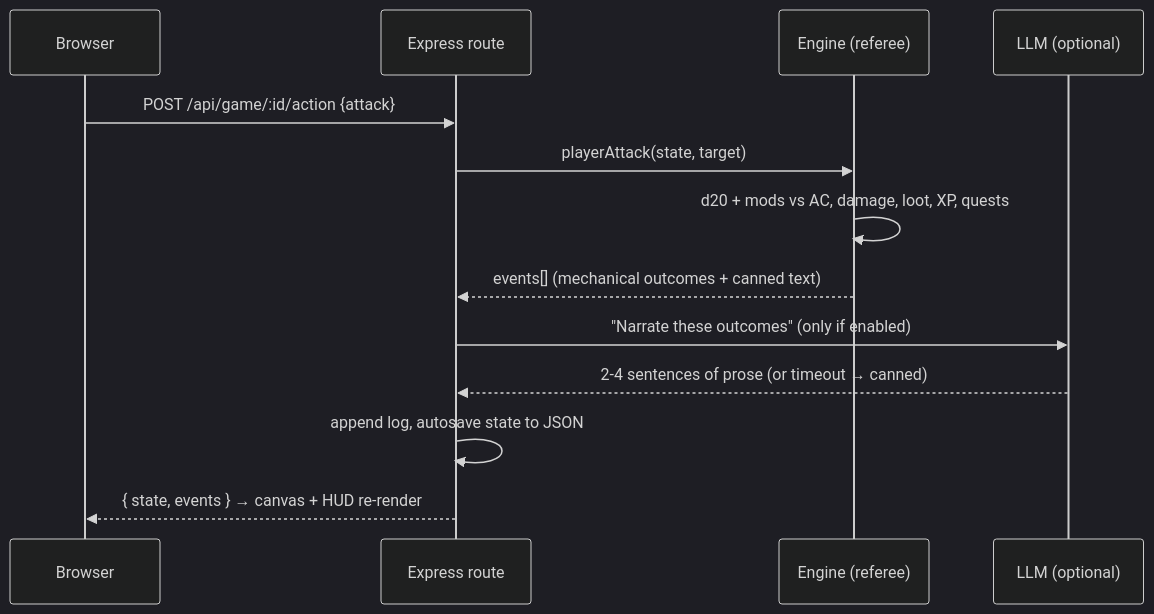
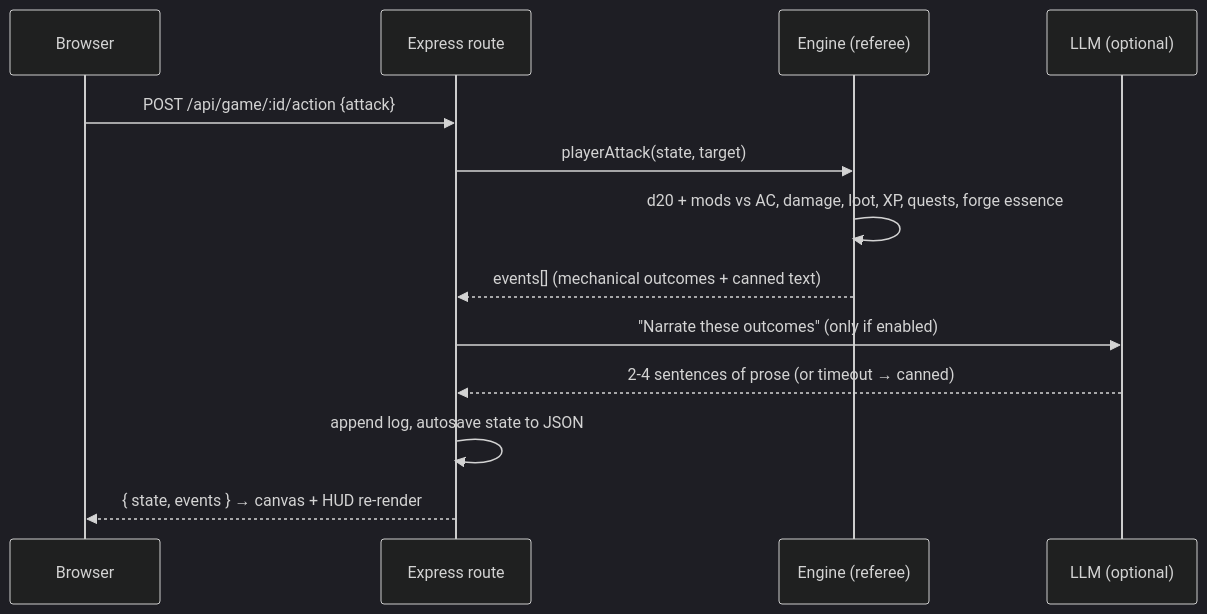
Before and after one commit to Jianjun99/AI_DND5e: the second of 2 diagrams in ARCHITECTURE.md, drawn with Mermaid (dark theme). The commit also changed other lines of this file, not shown here.

Commit message:
Docs: rewrite ARCHITECTURE.md as the AI-collaboration handbook (covers v1.8-v1.9 systems)

````diff
--- a/ARCHITECTURE.md
+++ b/ARCHITECTURE.md
@@ -53,15 +65,15 @@
 ```mermaid
 sequenceDiagram
     participant B as Browser
     participant R as Express route
     participant E as Engine (referee)
     participant L as LLM (optional)
     B->>R: POST /api/game/:id/action {attack}
     R->>E: playerAttack(state, target)
-    E->>E: d20 + mods vs AC, damage, loot, XP, quests
+    E->>E: d20 + mods vs AC, damage, loot, XP, quests, forge essence
     E-->>R: events[] (mechanical outcomes + canned text)
     R->>L: "Narrate these outcomes" (only if enabled)
     L-->>R: 2-4 sentences of prose (or timeout → canned)
     R->>R: append log, autosave state to JSON
     R-->>B: { state, events } → canvas + HUD re-render
 ```
````
